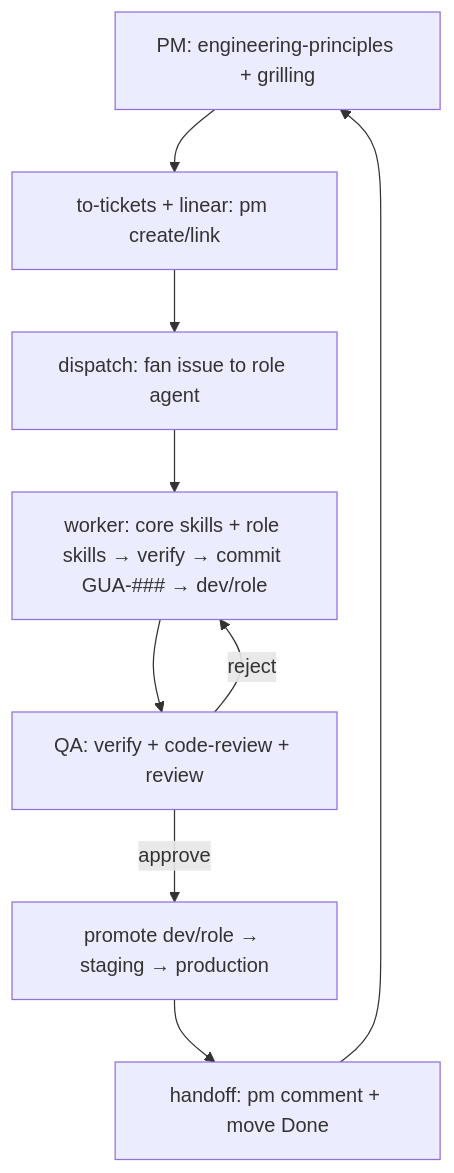
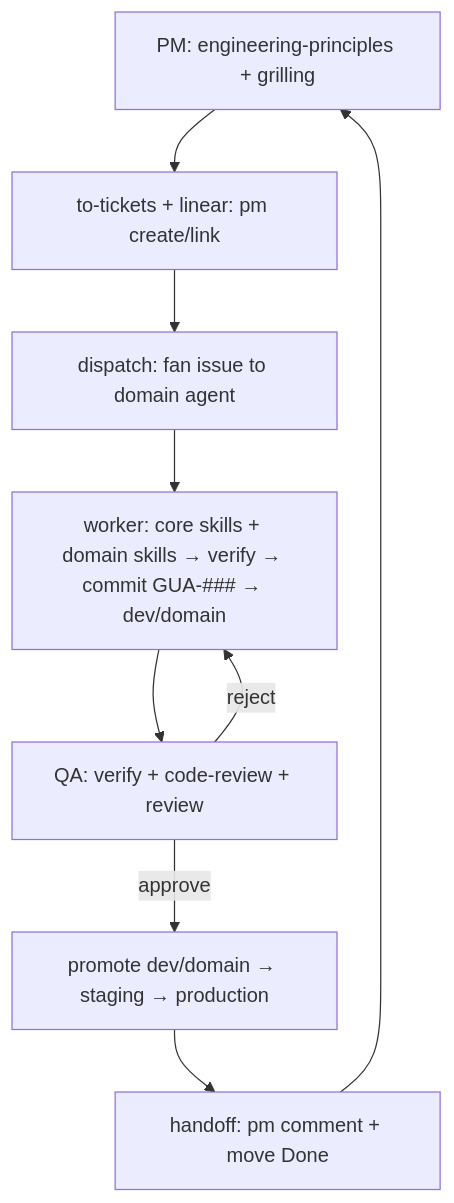
One commit to Sebastian-O-Rodriguez/guava-os changed the third of 4 diagrams in manual/src/content/docs/workflow.md. Above: the diagram before and after it, drawn with Mermaid. The commit also changed other lines of this file and 21 other files, not shown here.

Commit message:
docs: reconcile role→domain label model across docs, skills, and manual

````diff
--- a/manual/src/content/docs/workflow.md
+++ b/manual/src/content/docs/workflow.md
@@ -42,11 +41,11 @@
 ```mermaid
 flowchart TD
     PLAN[PM: engineering-principles + grilling] --> TICK[to-tickets + linear: pm create/link]
-    TICK --> DISPATCH[dispatch: fan issue to role agent]
-    DISPATCH --> WORK[worker: core skills + role skills → verify → commit GUA-### → dev/role]
+    TICK --> DISPATCH[dispatch: fan issue to domain agent]
+    DISPATCH --> WORK[worker: core skills + domain skills → verify → commit GUA-### → dev/domain]
     WORK --> Q[QA: verify + code-review + review]
-    Q -->|approve| PROMOTE[promote dev/role → staging → production]
+    Q -->|approve| PROMOTE[promote dev/domain → staging → production]
     Q -->|reject| WORK
     PROMOTE --> REFRESH[handoff: pm comment + move Done]
     REFRESH --> PLAN
 ```
````
